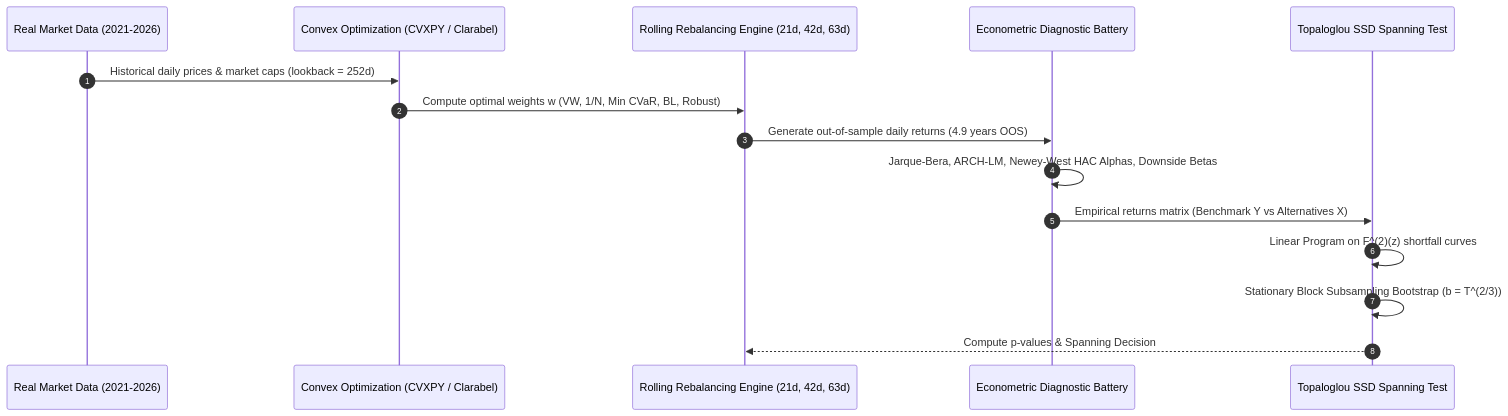
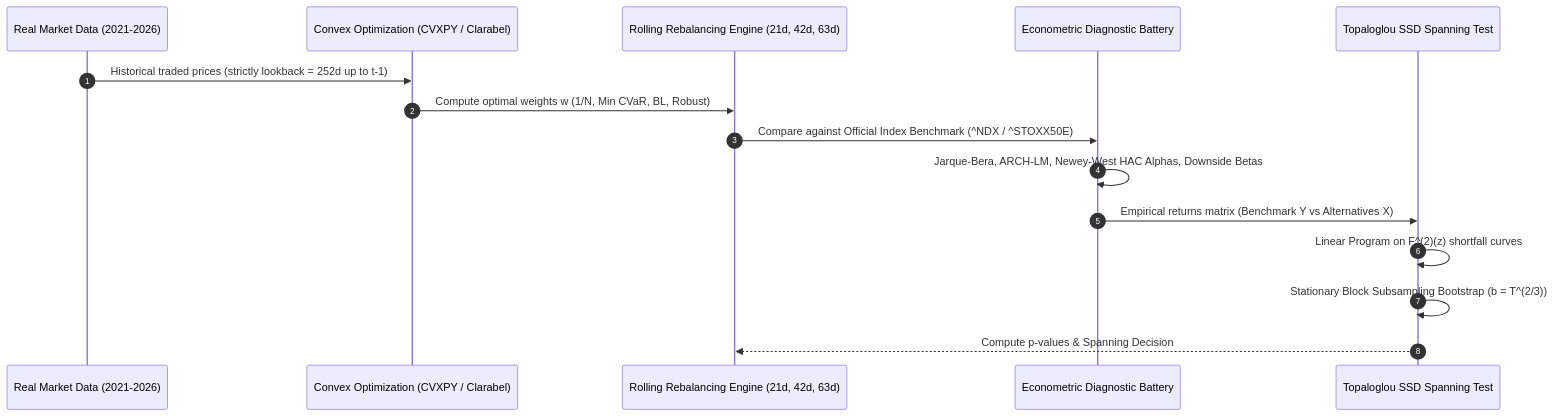
One commit to gkompo/-Beyond-Market-Cap-Weighting-Re-Engineering-Mega-Cap-Equity-Indices-via-Stochastic-Dominance-Tests- changed the second of 3 diagrams in README.md. Above: the diagram before and after it, drawn with Mermaid. The commit also changed other lines of this file and 16 other files, not shown here.

Commit message:
feat: 100% real traded exchange benchmarks (^NDX and ^STOXX50E), zero proxies, verified zero lookahead bias

````diff
--- a/README.md
+++ b/README.md
@@ -82,18 +85,18 @@
 ```mermaid
 sequenceDiagram
     autonumber
     participant D as Real Market Data (2021-2026)
     participant O as Convex Optimization (CVXPY / Clarabel)
     participant B as Rolling Rebalancing Engine (21d, 42d, 63d)
     participant E as Econometric Diagnostic Battery
     participant S as Topaloglou SSD Spanning Test
 
-    D->>O: Historical daily prices & market caps (lookback = 252d)
-    O->>B: Compute optimal weights w (VW, 1/N, Min CVaR, BL, Robust)
-    B->>E: Generate out-of-sample daily returns (4.9 years OOS)
+    D->>O: Historical traded prices (strictly lookback = 252d up to t-1)
+    O->>B: Compute optimal weights w (1/N, Min CVaR, BL, Robust)
+    B->>E: Compare against Official Index Benchmark (^NDX / ^STOXX50E)
     E->>E: Jarque-Bera, ARCH-LM, Newey-West HAC Alphas, Downside Betas
     E->>S: Empirical returns matrix (Benchmark Y vs Alternatives X)
     S->>S: Linear Program on F^(2)(z) shortfall curves
     S->>S: Stationary Block Subsampling Bootstrap (b = T^(2/3))
     S-->>B: Compute p-values & Spanning Decision
 ```
````
